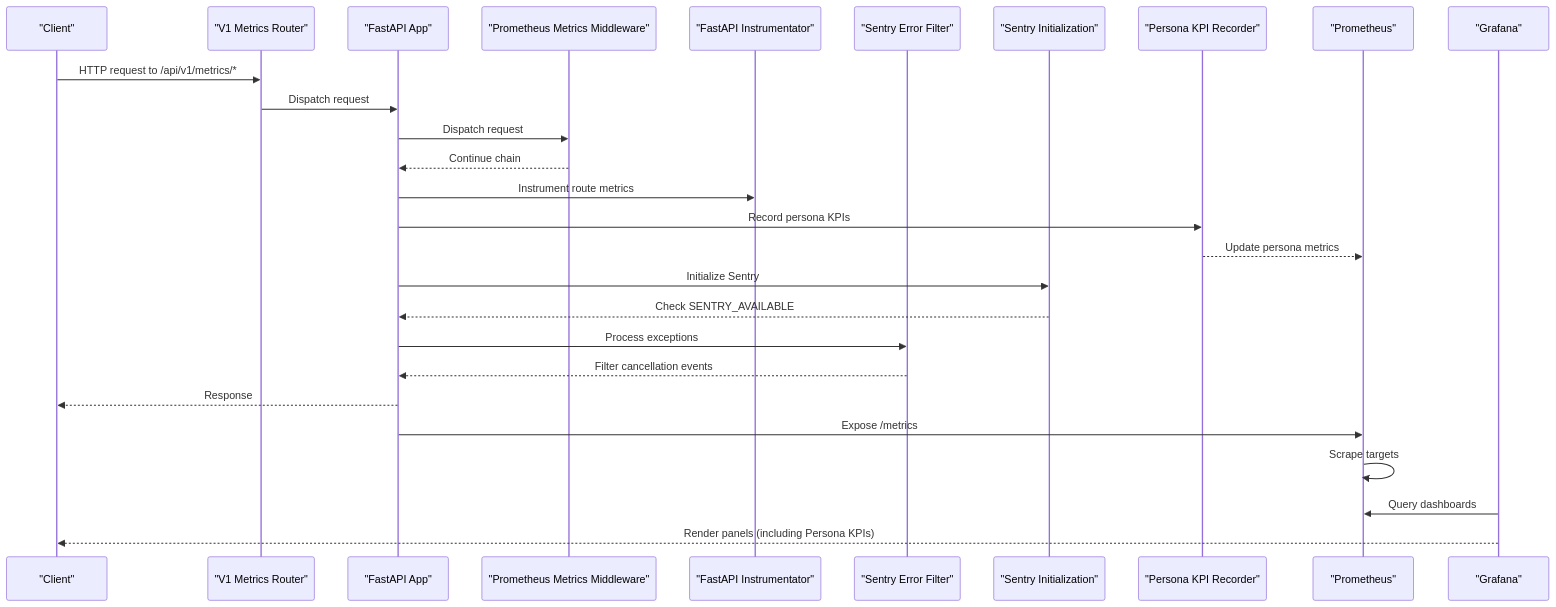
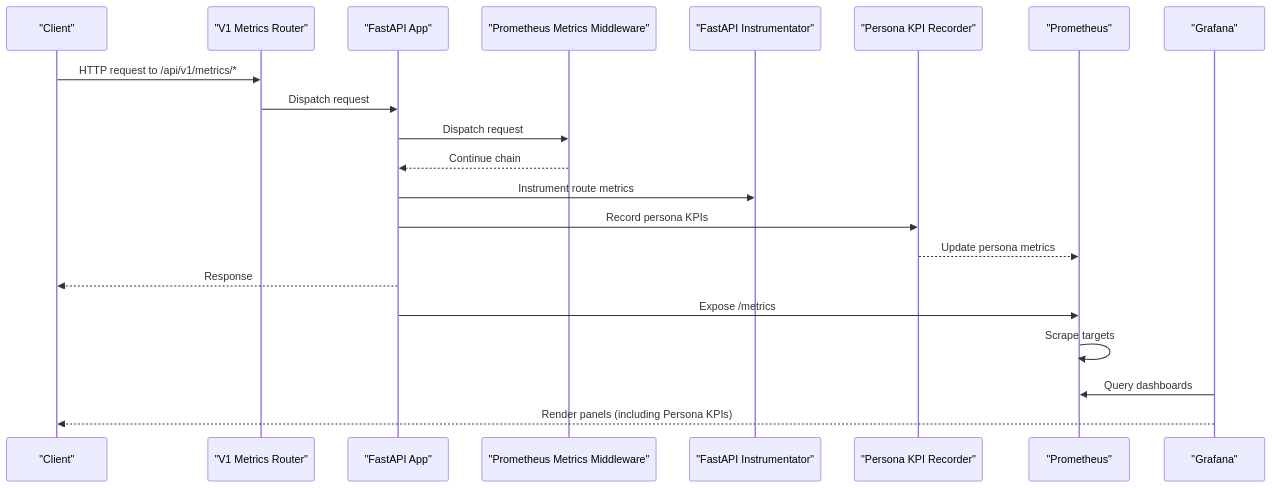
One commit to rohitkumarnaidu/ScholarFormAI changed the second of 10 diagrams in .docs/content/Backend Development/Monitoring & Metrics.md. Above: the diagram before and after it, drawn with Mermaid. The commit also changed other lines of this file and 9 other files, not shown here.

````diff
--- a/.docs/content/Backend Development/Monitoring & Metrics.md
+++ b/.docs/content/Backend Development/Monitoring & Metrics.md
@@ -199,29 +163,23 @@
 ```mermaid
 sequenceDiagram
 participant Client as "Client"
 participant V1Router as "V1 Metrics Router"
 participant App as "FastAPI App"
 participant PromMW as "Prometheus Metrics Middleware"
 participant Inst as "FastAPI Instrumentator"
-participant Sentry as "Sentry Error Filter"
-participant SentryInit as "Sentry Initialization"
 participant PersonaKPI as "Persona KPI Recorder"
 participant Prom as "Prometheus"
 participant Graf as "Grafana"
 Client->>V1Router : HTTP request to /api/v1/metrics/*
 V1Router->>App : Dispatch request
 App->>PromMW : Dispatch request
 PromMW-->>App : Continue chain
 App->>Inst : Instrument route metrics
 App->>PersonaKPI : Record persona KPIs
 PersonaKPI-->>Prom : Update persona metrics
-App->>SentryInit : Initialize Sentry
-SentryInit-->>App : Check SENTRY_AVAILABLE
-App->>Sentry : Process exceptions
-Sentry-->>App : Filter cancellation events
 App-->>Client : Response
 App->>Prom : Expose /metrics
 Prom->>Prom : Scrape targets
 Graf->>Prom : Query dashboards
 Graf-->>Client : Render panels (including Persona KPIs)
 ```
````
